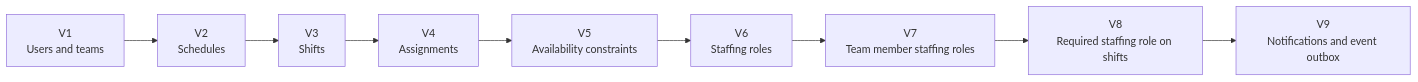
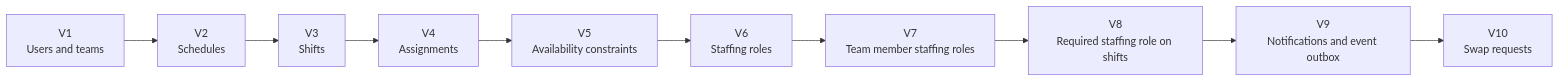
One commit to HiliMor/shift-management-system changed diagram 17 of 17 in docs/current-backend-architecture.md. Above: the diagram before and after it, drawn with Mermaid. The commit also changed other lines of this file and 14 other files, not shown here.

````diff
--- a/docs/current-backend-architecture.md
+++ b/docs/current-backend-architecture.md
@@ -538,14 +589,15 @@
 ```mermaid
 flowchart LR
     v1["V1<br/>Users and teams"]
     v2["V2<br/>Schedules"]
     v3["V3<br/>Shifts"]
     v4["V4<br/>Assignments"]
     v5["V5<br/>Availability constraints"]
     v6["V6<br/>Staffing roles"]
     v7["V7<br/>Team member staffing roles"]
     v8["V8<br/>Required staffing role on shifts"]
     v9["V9<br/>Notifications and event outbox"]
+    v10["V10<br/>Swap requests"]
 
-    v1 --> v2 --> v3 --> v4 --> v5 --> v6 --> v7 --> v8 --> v9
+    v1 --> v2 --> v3 --> v4 --> v5 --> v6 --> v7 --> v8 --> v9 --> v10
 ```
````
